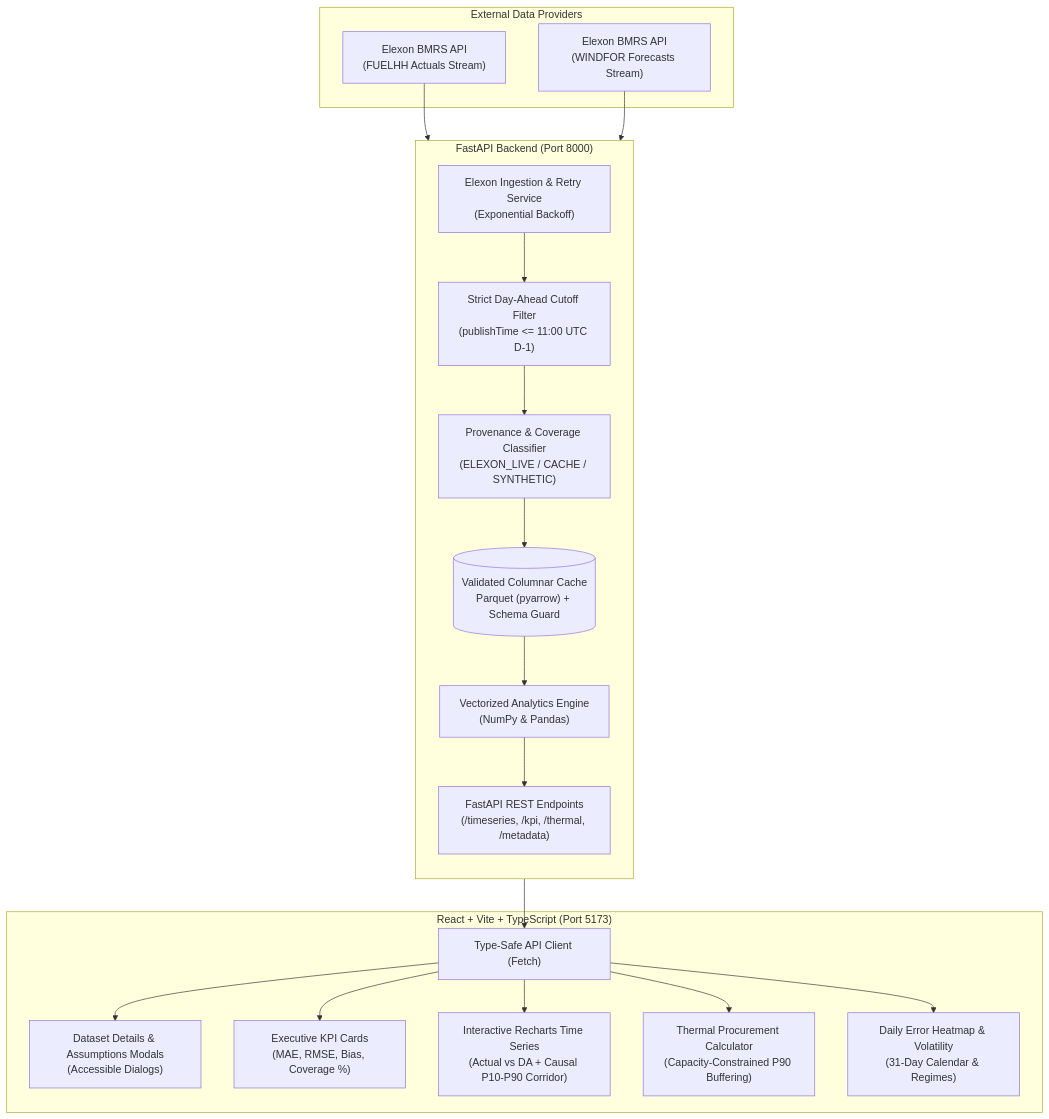
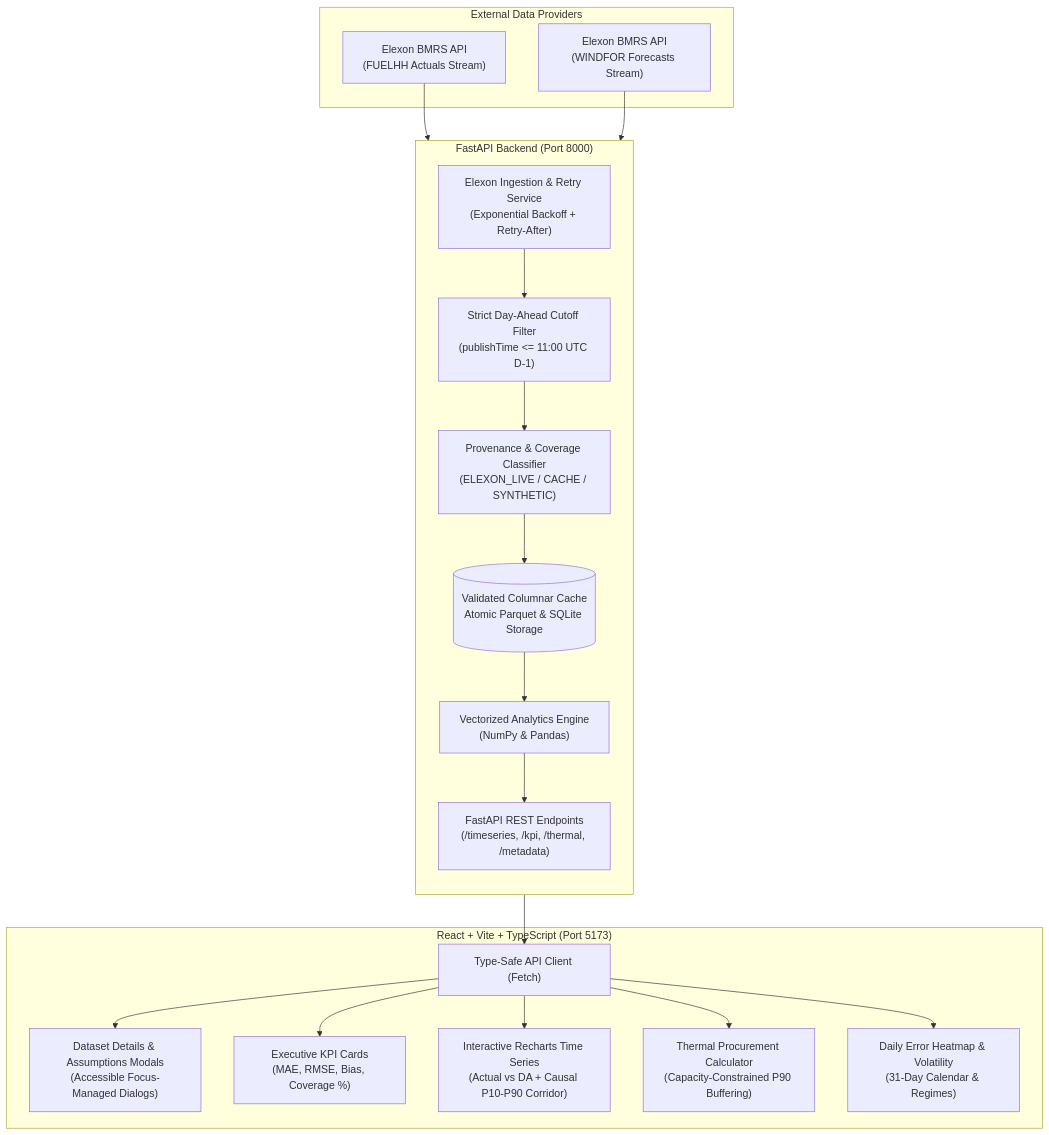
The first of 2 diagrams in README.md (deadheaven07/gb-uk-wind-eval), drawn with Mermaid before and after one commit. The commit also changed other lines of this file and 16 other files, not shown here.

Commit message:
feat(hardening): engineer 9.5/10 standard with causal corridors, capacity defensibility, atomic cache, and strict CI

````diff
--- a/README.md
+++ b/README.md
@@ -36,40 +39,40 @@
 ```mermaid
 flowchart TD
     subgraph External_Data["External Data Providers"]
         BMRS_ACT["Elexon BMRS API<br/>(FUELHH Actuals Stream)"]
         BMRS_FCT["Elexon BMRS API<br/>(WINDFOR Forecasts Stream)"]
     end
 
     subgraph Backend_App["FastAPI Backend (Port 8000)"]
         direction TB
-        INGEST["Elexon Ingestion & Retry Service<br/>(Exponential Backoff)"]
+        INGEST["Elexon Ingestion & Retry Service<br/>(Exponential Backoff + Retry-After)"]
         CUTOFF["Strict Day-Ahead Cutoff Filter<br/>(publishTime <= 11:00 UTC D-1)"]
         PROV["Provenance & Coverage Classifier<br/>(ELEXON_LIVE / CACHE / SYNTHETIC)"]
-        CACHE[("Validated Columnar Cache<br/>Parquet (pyarrow) + Schema Guard")]
+        CACHE[("Validated Columnar Cache<br/>Atomic Parquet & SQLite Storage")]
         ANALYTICS["Vectorized Analytics Engine<br/>(NumPy & Pandas)"]
         ROUTES["FastAPI REST Endpoints<br/>(/timeseries, /kpi, /thermal, /metadata)"]
     end
 
     subgraph Frontend_App["React + Vite + TypeScript (Port 5173)"]
         CLIENT["Type-Safe API Client (Fetch)"]
-        MODALS["Dataset Details & Assumptions Modals<br/>(Accessible Dialogs)"]
+        MODALS["Dataset Details & Assumptions Modals<br/>(Accessible Focus-Managed Dialogs)"]
         SCORECARD["Executive KPI Cards<br/>(MAE, RMSE, Bias, Coverage %)"]
         CHART["Interactive Recharts Time Series<br/>(Actual vs DA + Causal P10-P90 Corridor)"]
         CALC["Thermal Procurement Calculator<br/>(Capacity-Constrained P90 Buffering)"]
         HEATMAP["Daily Error Heatmap & Volatility<br/>(31-Day Calendar & Regimes)"]
     end
 
     BMRS_ACT --> INGEST
     BMRS_FCT --> INGEST
     INGEST --> CUTOFF
     CUTOFF --> PROV
     PROV --> CACHE
     CACHE --> ANALYTICS
     ANALYTICS --> ROUTES
     ROUTES --> CLIENT
     CLIENT --> MODALS
     CLIENT --> SCORECARD
     CLIENT --> CHART
     CLIENT --> CALC
     CLIENT --> HEATMAP
 ```
````
